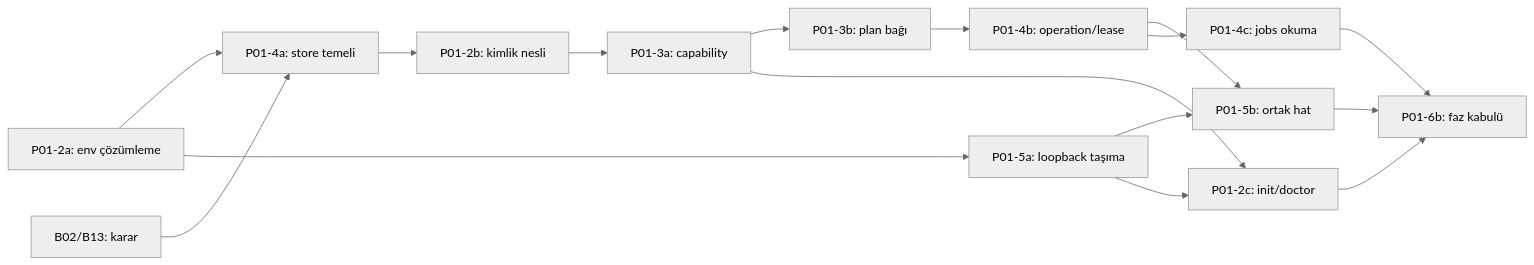
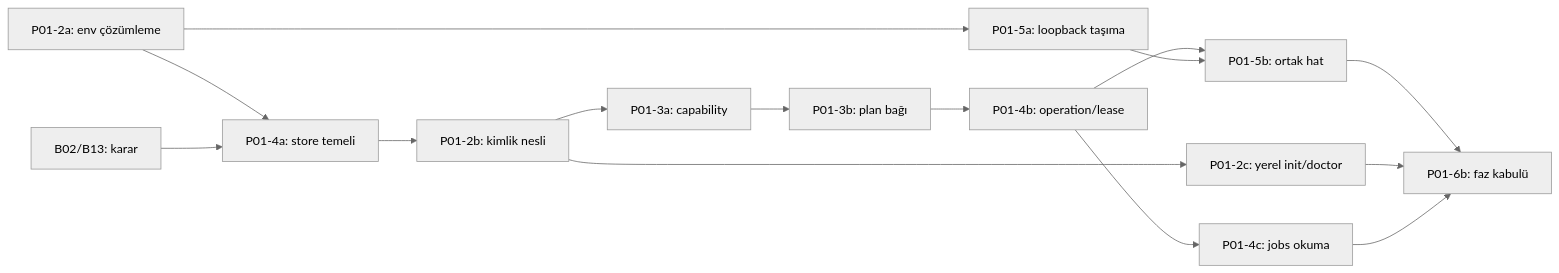
One commit to HodeTech/Yorunge changed the diagram in docs/roadmap/phase-01-core.md. Above: the diagram before and after it, drawn with Mermaid (neutral theme). The commit also changed other lines of this file and 19 other files, not shown here.

````diff
--- a/docs/roadmap/phase-01-core.md
+++ b/docs/roadmap/phase-01-core.md
@@ -38,15 +48,14 @@
 ```mermaid
 flowchart LR
     A["P01-2a: env çözümleme"] --> S["P01-4a: store temeli"]
     D["B02/B13: karar"] --> S
     S --> I["P01-2b: kimlik nesli"]
     I --> C["P01-3a: capability"] --> P["P01-3b: plan bağı"]
     P --> O["P01-4b: operation/lease"] --> T["P01-5b: ortak hat"]
     A --> H["P01-5a: loopback taşıma"] --> T
-    C --> U["P01-2c: init/doctor"]
-    H --> U
+    I --> U["P01-2c: yerel init/doctor"]
     O --> Q["P01-4c: jobs okuma"]
     T --> G["P01-6b: faz kabulü"]
     U --> G
     Q --> G
 ```
````
